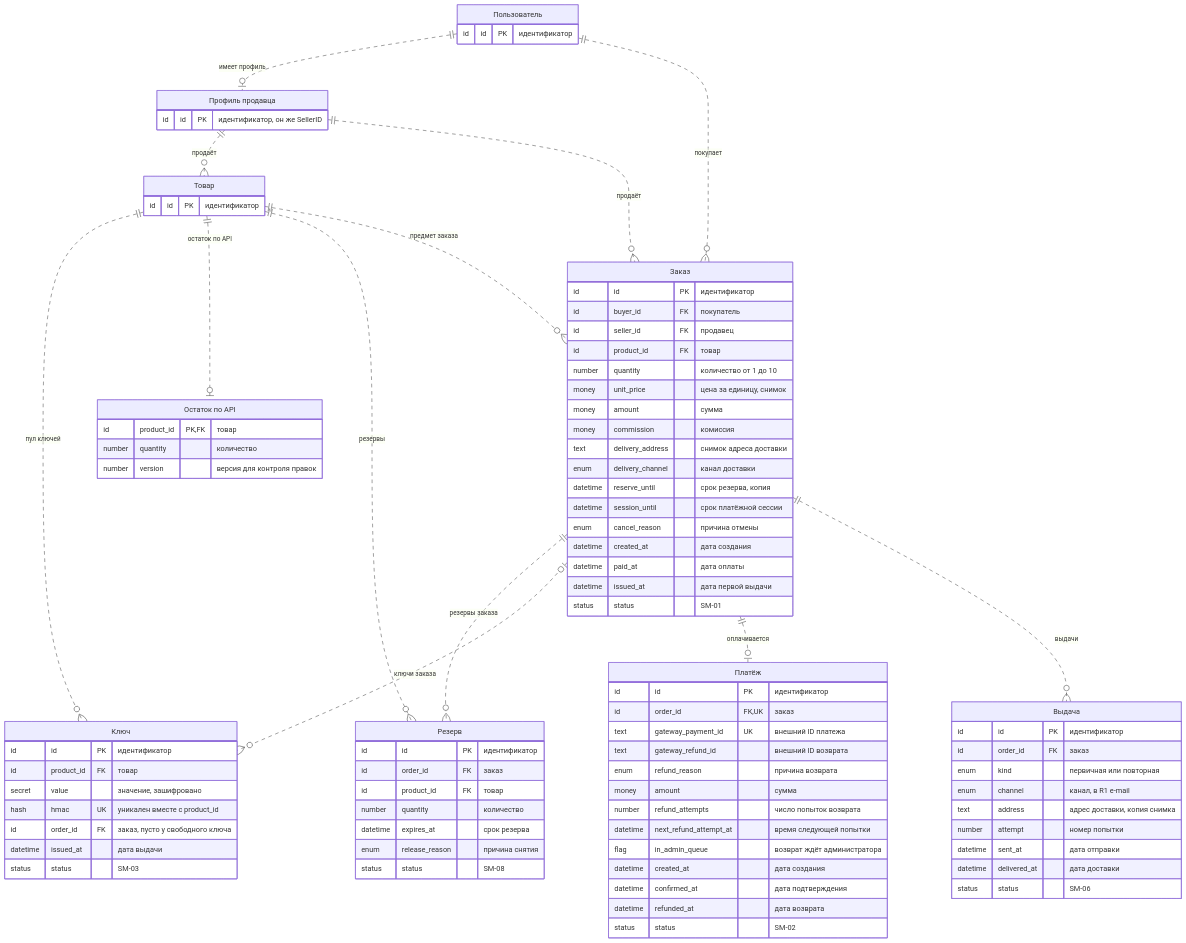
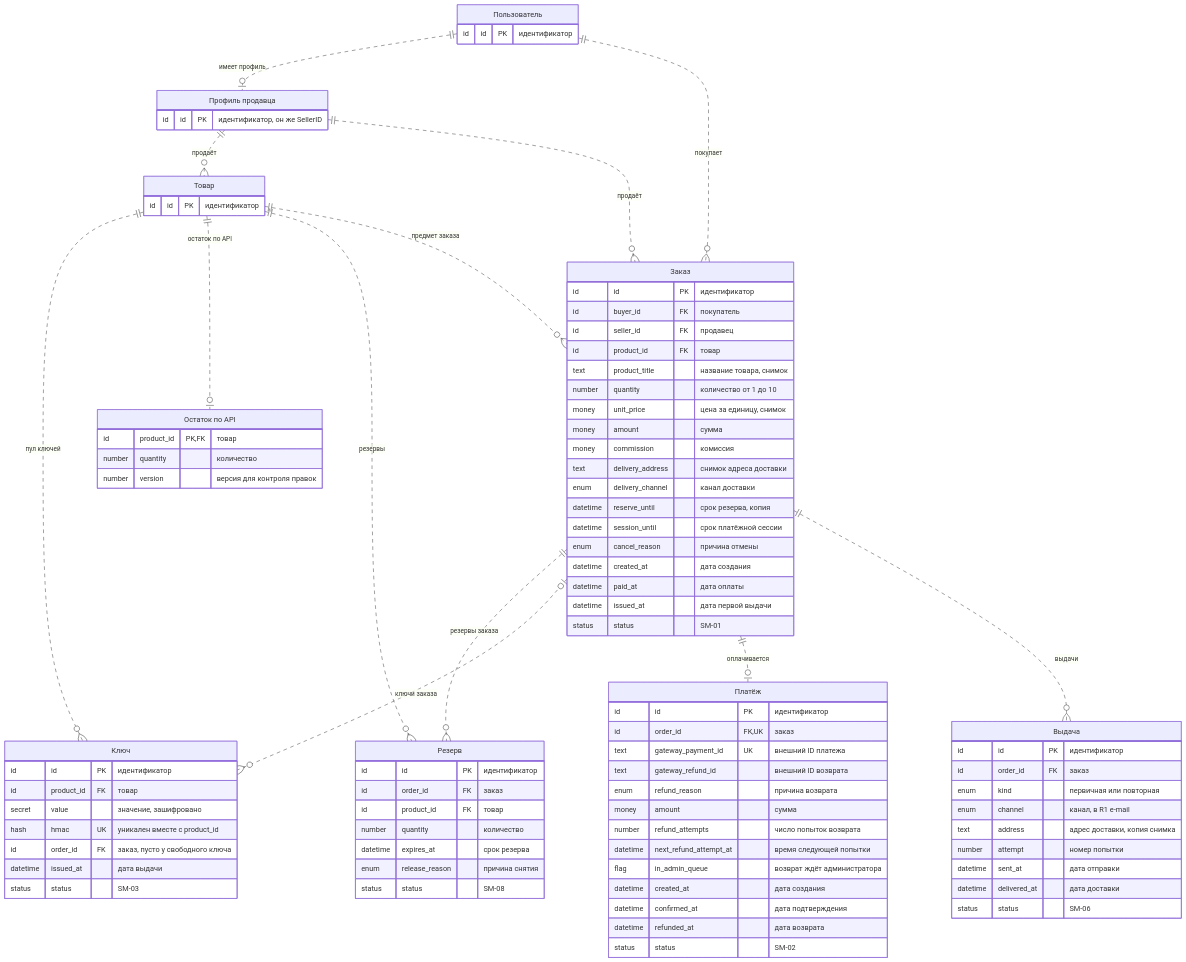
The third of 6 diagrams in docs/04-domain/logical-er.md (Lapin143/digital-goods-marketplace), drawn with Mermaid before and after one commit. The commit also changed 7 other files, not shown here.

First line of the commit message:
docs: реестр проблем и заголовки в conventions, имена областей, снимок названия товара

```diff
--- a/docs/04-domain/logical-er.md
+++ b/docs/04-domain/logical-er.md
@@ -208,6 +208,7 @@
         id buyer_id FK "покупатель"
         id seller_id FK "продавец"
         id product_id FK "товар"
+        text product_title "название товара, снимок"
         number quantity "количество от 1 до 10"
         money unit_price "цена за единицу, снимок"
         money amount "сумма"
```
